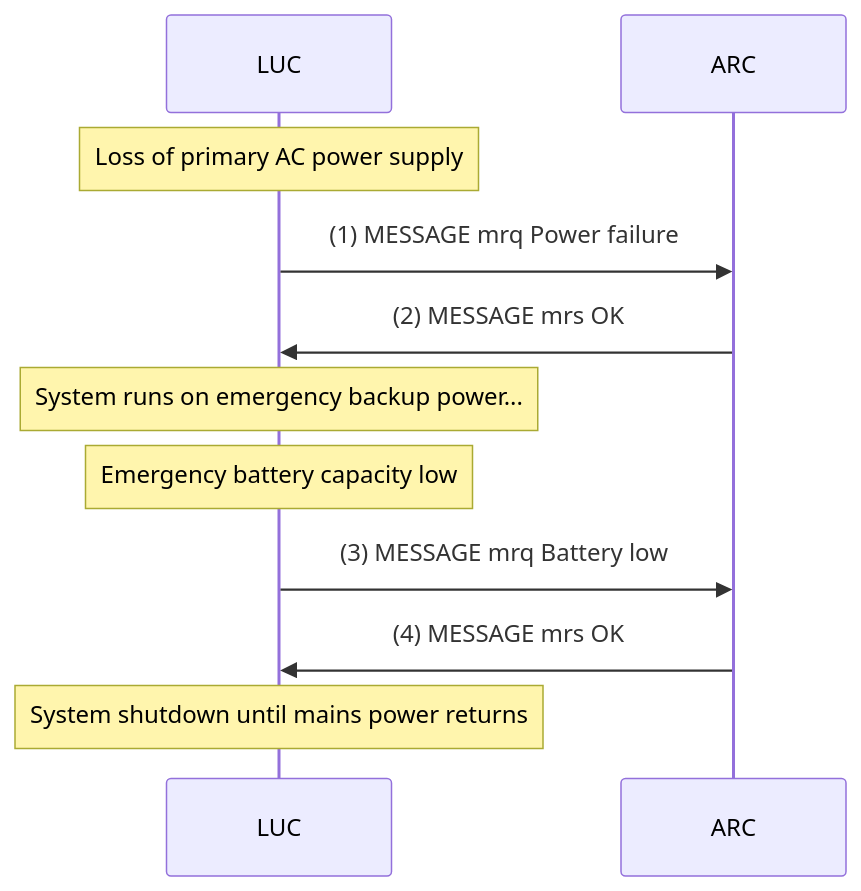
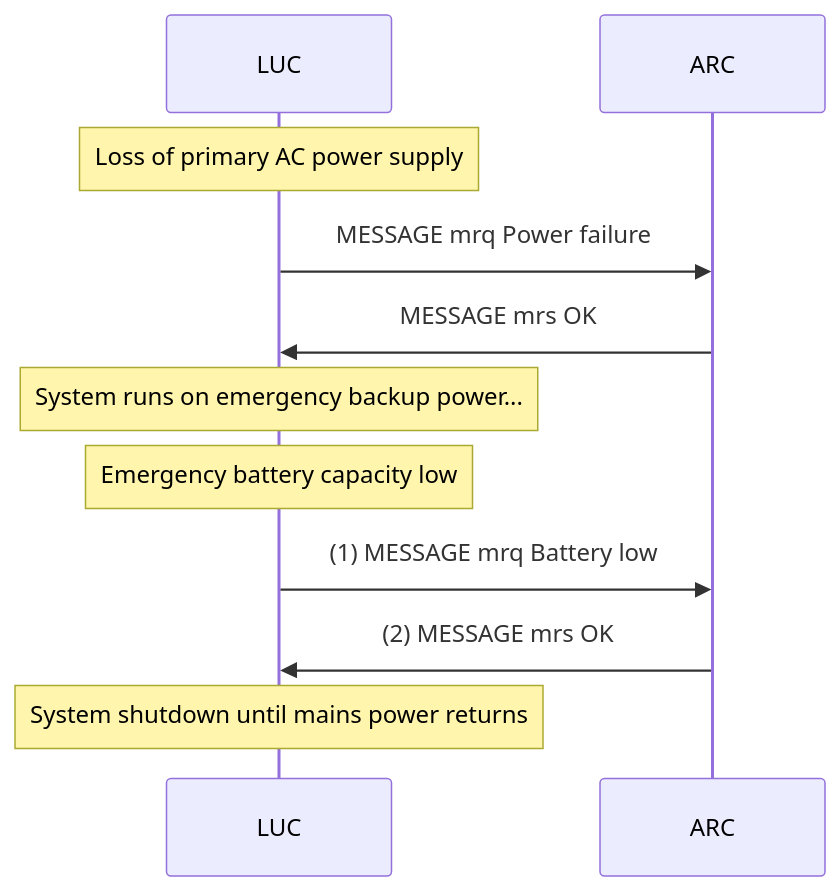
Before and after one commit to Telegartner-Elektronik/LACS-Protocol: the fifth of 9 diagrams in LACS.md, drawn with Mermaid. The commit also changed other lines of this file, not shown here.

````diff
--- a/LACS.md
+++ b/LACS.md
@@ -751,18 +778,18 @@
 ```mermaid
 sequenceDiagram
     participant LUC
     participant ARC
 
     Note over LUC: Loss of primary AC power supply
-    LUC->>ARC: (1) MESSAGE mrq Power failure
-    ARC->>LUC: (2) MESSAGE mrs OK
+    LUC->>ARC: MESSAGE mrq Power failure
+    ARC->>LUC: MESSAGE mrs OK
 
     Note over LUC: System runs on emergency backup power...
 
     Note over LUC: Emergency battery capacity low
-    LUC->>ARC: (3) MESSAGE mrq Battery low
-    ARC->>LUC: (4) MESSAGE mrs OK
+    LUC->>ARC: (1) MESSAGE mrq Battery low
+    ARC->>LUC: (2) MESSAGE mrs OK
 
     Note over LUC: System shutdown until mains power returns
 
 ```
````
